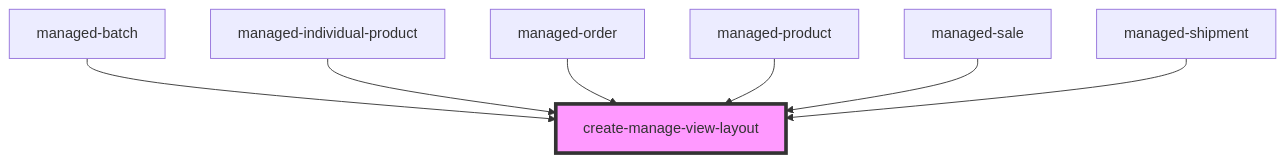
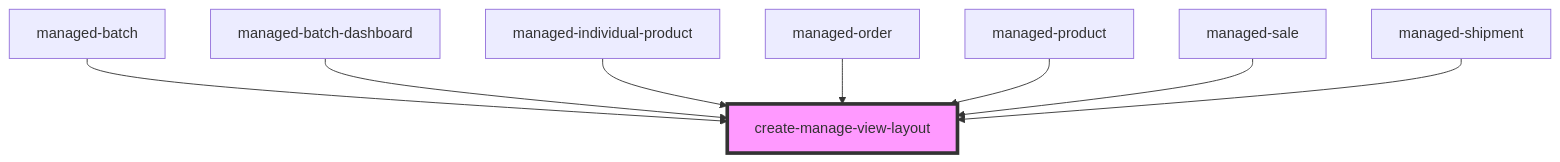
The diagram in pdm-web-components/src/components/create-manage-view-layout/readme.md (PharmaLedger-IMI/fgt-workspace), drawn with Mermaid before and after one commit. The commit also changed other lines of this file and 12 other files, not shown here.

````diff
--- a/pdm-web-components/src/components/create-manage-view-layout/readme.md
+++ b/pdm-web-components/src/components/create-manage-view-layout/readme.md
@@ -65,10 +66,11 @@
 ```mermaid
 graph TD;
   managed-batch --> create-manage-view-layout
+  managed-batch-dashboard --> create-manage-view-layout
   managed-individual-product --> create-manage-view-layout
   managed-order --> create-manage-view-layout
   managed-product --> create-manage-view-layout
   managed-sale --> create-manage-view-layout
   managed-shipment --> create-manage-view-layout
   style create-manage-view-layout fill:#f9f,stroke:#333,stroke-width:4px
 ```
````
